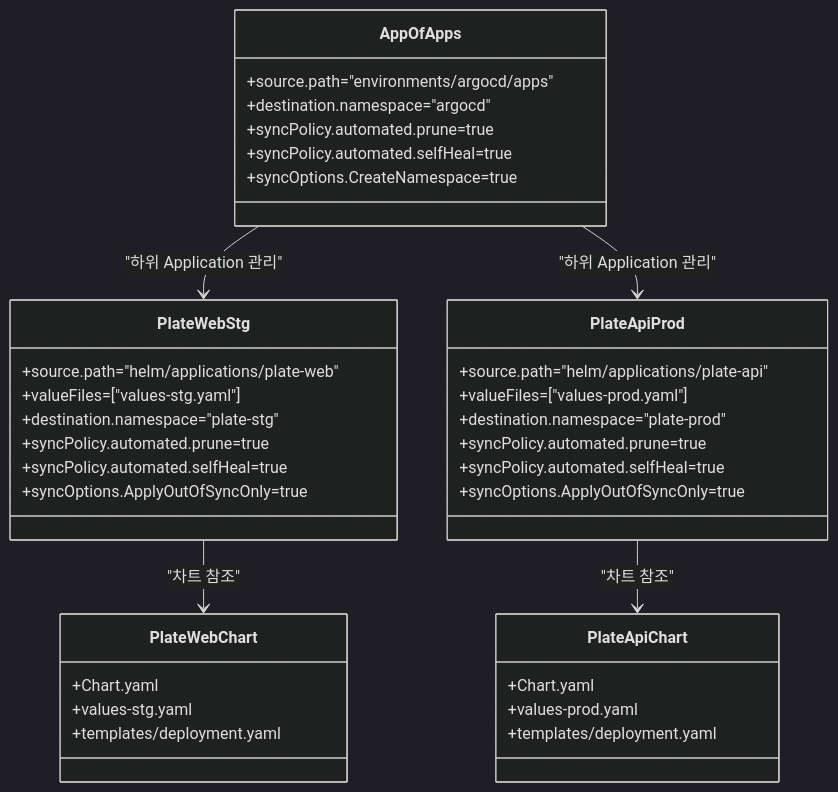
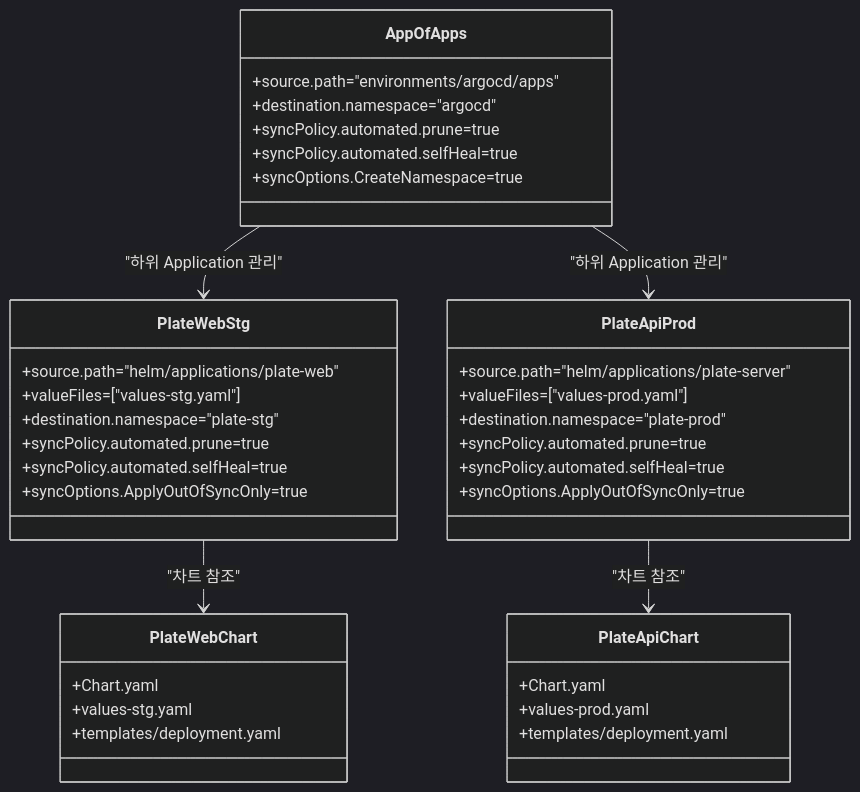
The sixth of 7 diagrams in .qoder/repowiki/ko/content/기술 아키텍처/설계 패턴/App-of-Apps 패턴.md (kimjoongwon/prj-devops), drawn with Mermaid (dark theme) before and after one commit. The commit also changed other lines of this file and 60 other files, not shown here.

First line of the commit message:
docs(helm): plate-api 관련 문서의 Helm 경로를 plate-server로 변경

````diff
--- a/.qoder/repowiki/ko/content/기술 아키텍처/설계 패턴/App-of-Apps 패턴.md
+++ b/.qoder/repowiki/ko/content/기술 아키텍처/설계 패턴/App-of-Apps 패턴.md
@@ -226,40 +226,40 @@
 ```mermaid
 classDiagram
 class AppOfApps {
 +source.path="environments/argocd/apps"
 +destination.namespace="argocd"
 +syncPolicy.automated.prune=true
 +syncPolicy.automated.selfHeal=true
 +syncOptions.CreateNamespace=true
 }
 class PlateWebStg {
 +source.path="helm/applications/plate-web"
 +valueFiles=["values-stg.yaml"]
 +destination.namespace="plate-stg"
 +syncPolicy.automated.prune=true
 +syncPolicy.automated.selfHeal=true
 +syncOptions.ApplyOutOfSyncOnly=true
 }
 class PlateApiProd {
-+source.path="helm/applications/plate-api"
++source.path="helm/applications/plate-server"
 +valueFiles=["values-prod.yaml"]
 +destination.namespace="plate-prod"
 +syncPolicy.automated.prune=true
 +syncPolicy.automated.selfHeal=true
 +syncOptions.ApplyOutOfSyncOnly=true
 }
 class PlateWebChart {
 +Chart.yaml
 +values-stg.yaml
 +templates/deployment.yaml
 }
 class PlateApiChart {
 +Chart.yaml
 +values-prod.yaml
 +templates/deployment.yaml
 }
 AppOfApps --> PlateWebStg : "하위 Application 관리"
 AppOfApps --> PlateApiProd : "하위 Application 관리"
 PlateWebStg --> PlateWebChart : "차트 참조"
 PlateApiProd --> PlateApiChart : "차트 참조"
 ```
````
